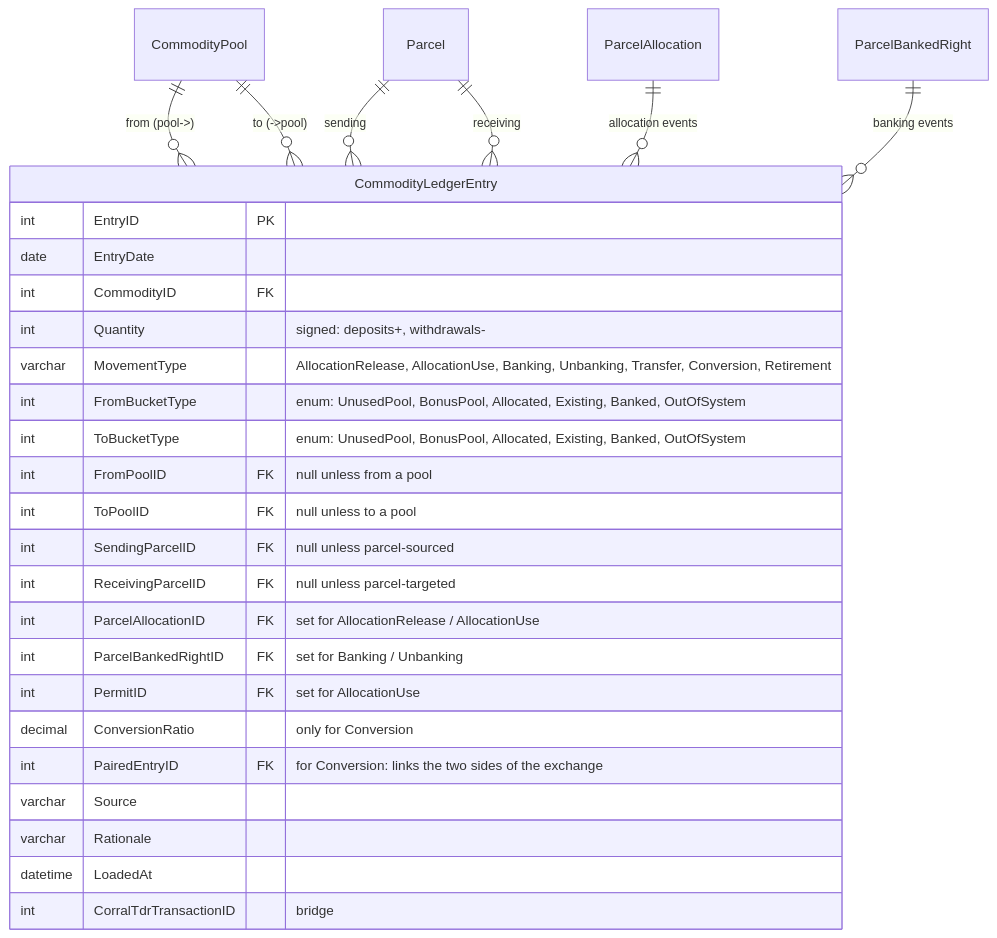
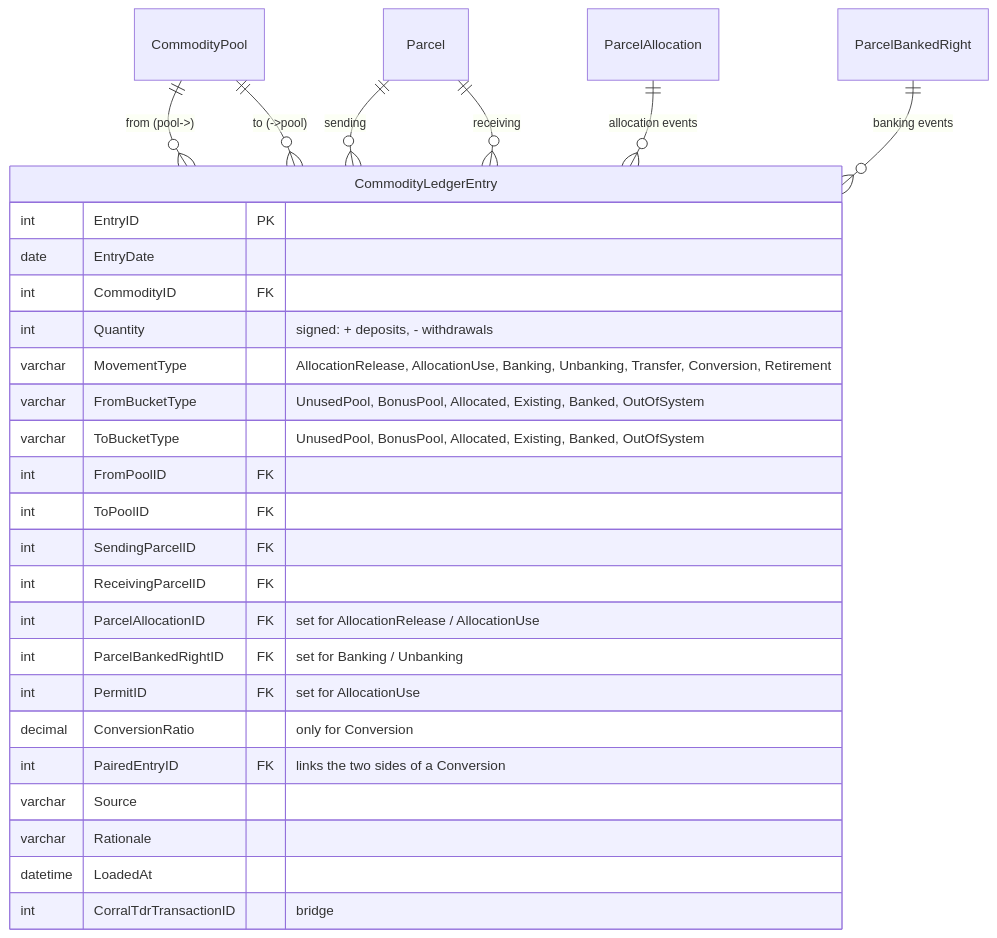
One commit to trpa-agency/Reporting changed the third of 5 diagrams in erd/target_schema.md. Above: the diagram before and after it, drawn with Mermaid. The commit also changed other lines of this file and 7 other files, not shown here.

First line of the commit message:
erd: reorient around the 5-bucket proposal + add XLSX decomposition

````diff
--- a/erd/target_schema.md
+++ b/erd/target_schema.md
@@ -202,31 +210,31 @@
 ```mermaid
 erDiagram
     CommodityLedgerEntry {
         int EntryID PK
         date EntryDate
         int CommodityID FK
-        int Quantity "signed: deposits+, withdrawals-"
+        int Quantity "signed: + deposits, - withdrawals"
         varchar MovementType "AllocationRelease, AllocationUse, Banking, Unbanking, Transfer, Conversion, Retirement"
-        int FromBucketType "enum: UnusedPool, BonusPool, Allocated, Existing, Banked, OutOfSystem"
-        int ToBucketType "enum: UnusedPool, BonusPool, Allocated, Existing, Banked, OutOfSystem"
-        int FromPoolID FK "null unless from a pool"
-        int ToPoolID FK "null unless to a pool"
-        int SendingParcelID FK "null unless parcel-sourced"
-        int ReceivingParcelID FK "null unless parcel-targeted"
+        varchar FromBucketType "UnusedPool, BonusPool, Allocated, Existing, Banked, OutOfSystem"
+        varchar ToBucketType "UnusedPool, BonusPool, Allocated, Existing, Banked, OutOfSystem"
+        int FromPoolID FK
+        int ToPoolID FK
+        int SendingParcelID FK
+        int ReceivingParcelID FK
         int ParcelAllocationID FK "set for AllocationRelease / AllocationUse"
         int ParcelBankedRightID FK "set for Banking / Unbanking"
         int PermitID FK "set for AllocationUse"
         decimal ConversionRatio "only for Conversion"
-        int PairedEntryID FK "for Conversion: links the two sides of the exchange"
+        int PairedEntryID FK "links the two sides of a Conversion"
         varchar Source
         varchar Rationale
         datetime LoadedAt
         int CorralTdrTransactionID "bridge"
     }
     CommodityPool      ||--o{ CommodityLedgerEntry : "from (pool->)"
     CommodityPool      ||--o{ CommodityLedgerEntry : "to (->pool)"
     Parcel             ||--o{ CommodityLedgerEntry : "sending"
     Parcel             ||--o{ CommodityLedgerEntry : "receiving"
     ParcelAllocation   ||--o{ CommodityLedgerEntry : "allocation events"
     ParcelBankedRight  ||--o{ CommodityLedgerEntry : "banking events"
 ```
````
